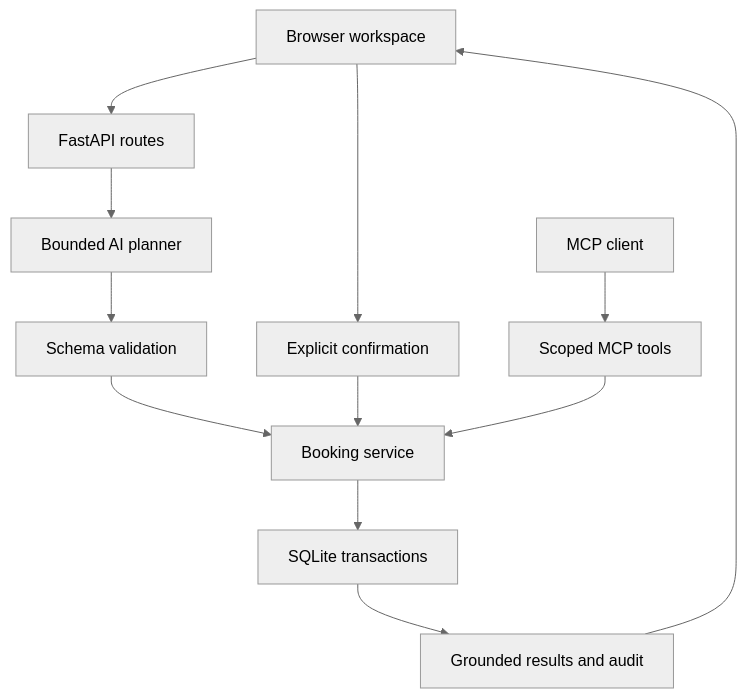
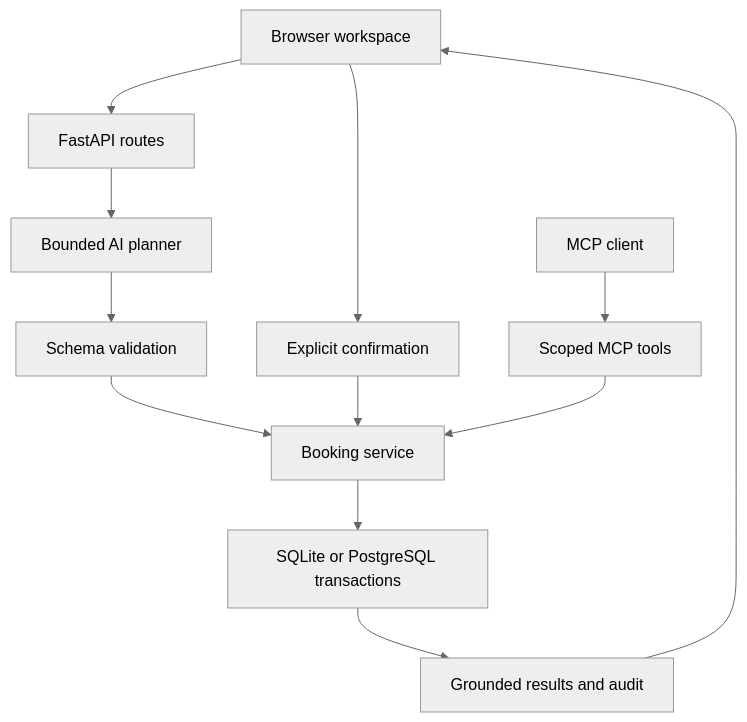
One commit to PRATIK0SHARMA/NextStep changed the diagram in docs/ARCHITECTURE.md. Above: the diagram before and after it, drawn with Mermaid (neutral theme). The commit also changed other lines of this file and 11 other files, not shown here.

````diff
--- a/docs/ARCHITECTURE.md
+++ b/docs/ARCHITECTURE.md
@@ -9,14 +9,14 @@
 ```mermaid
 flowchart TD
     U[Browser workspace] --> A[FastAPI routes]
     U --> C[Explicit confirmation]
     A --> P[Bounded AI planner]
     P --> V[Schema validation]
     V --> S[Booking service]
     C --> S
     M[MCP client] --> T[Scoped MCP tools]
     T --> S
-    S --> D[SQLite transactions]
+    S --> D[SQLite or PostgreSQL transactions]
     D --> R[Grounded results and audit]
     R --> U
 ```
````
